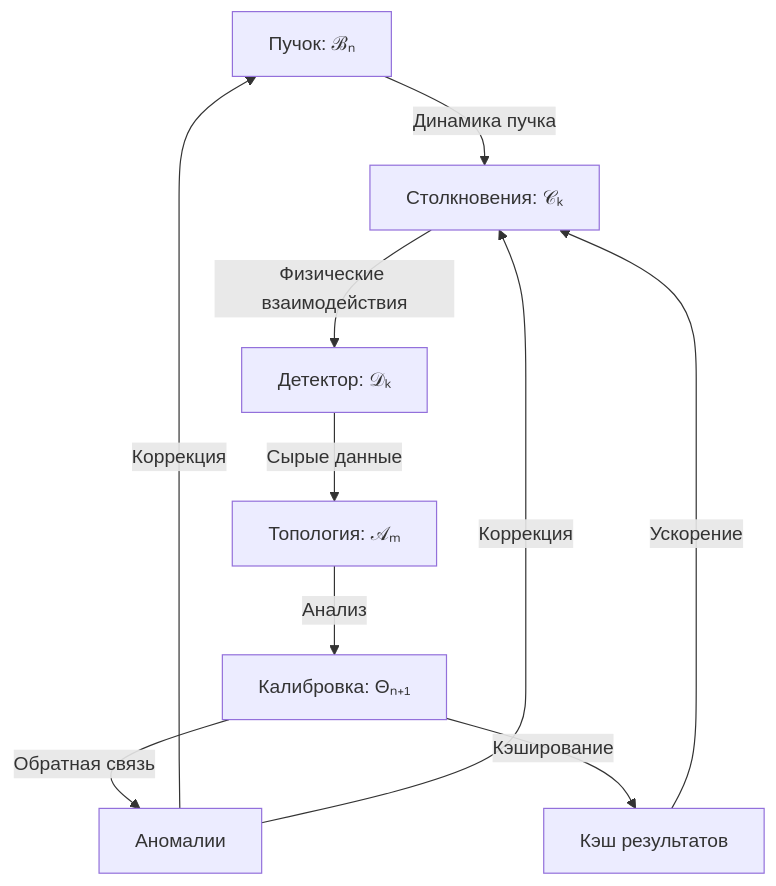
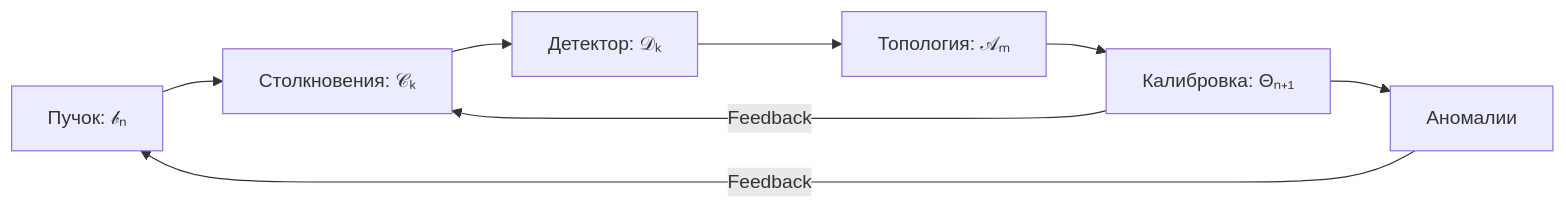
One commit to miroaleksej/Emulation-CERN changed the diagram in Математическая модель.md. Above: the diagram before and after it, drawn with Mermaid. The commit also changed other lines of this file, not shown here.

````diff
--- a/Математическая модель.md
+++ b/Математическая модель.md
@@ -538,12 +476,10 @@
 ```mermaid
-graph TD
-    A[Пучок: ℬₙ] -->|Динамика пучка| B[Столкновения: 𝒞ₖ]
-    B -->|Физические взаимодействия| C[Детектор: 𝒟ₖ]
-    C -->|Сырые данные| D[Топология: 𝒜ₘ]
-    D -->|Анализ| E[Калибровка: Θₙ₊₁]
-    E -->|Обратная связь| F[Аномалии]
-    F -->|Коррекция| A
-    F -->|Коррекция| B
-    E -->|Кэширование| G[Кэш результатов]
-    G -->|Ускорение| B
+graph LR
+A[Пучок: 𝒷ₙ] --> B[Столкновения: 𝒞ₖ]
+B --> C[Детектор: 𝒟ₖ]
+C --> D[Топология: 𝒜ₘ]
+D --> E[Калибровка: Θₙ₊₁]
+E --> F[Аномалии]
+F -->|Feedback| A
+E -->|Feedback| B
 ```
````
